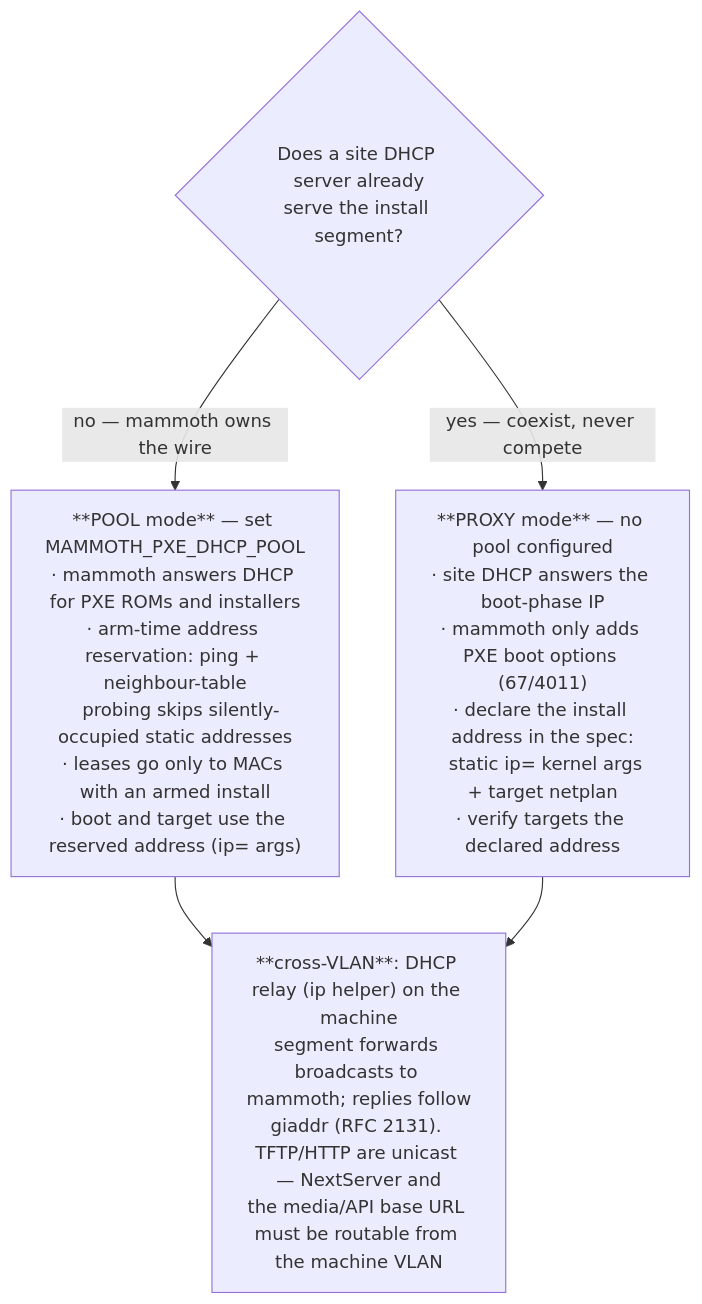
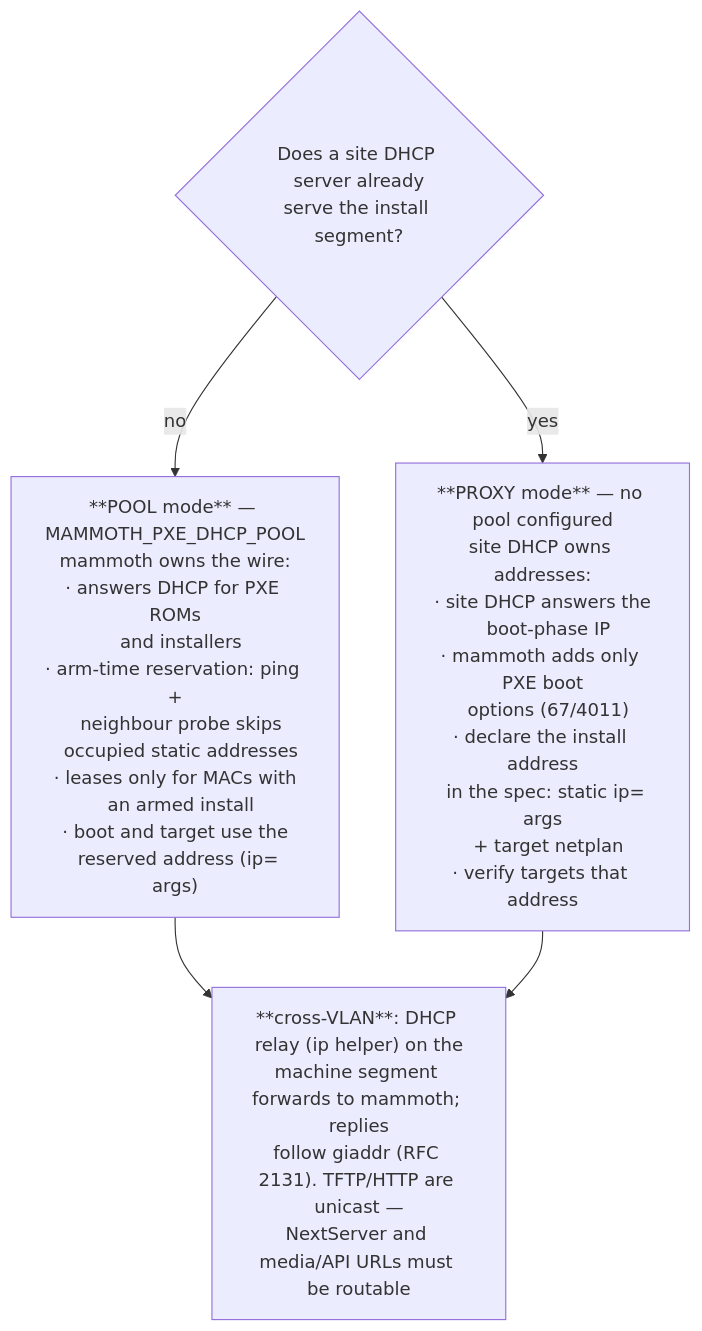
One commit to 3th1nk/mammoth changed the second of 2 diagrams in README.md. Above: the diagram before and after it, drawn with Mermaid. The commit also changed other lines of this file and 1 other file, not shown here.

Commit message:
docs(readme): mermaid 图收窄——子图纵向堆叠、长标签按行重排、边标签缩短,修复横向溢出遮挡

````diff
--- a/README.md
+++ b/README.md
@@ -77,8 +73,8 @@
 ```mermaid
 flowchart TD
     q{"Does a site DHCP server already<br/>serve the install segment?"}
-    q -- "no — mammoth owns the wire" --> pool["**POOL mode** — set MAMMOTH_PXE_DHCP_POOL<br/>· mammoth answers DHCP for PXE ROMs and installers<br/>· arm-time address reservation: ping + neighbour-table<br/>  probing skips silently-occupied static addresses<br/>· leases go only to MACs with an armed install<br/>· boot and target use the reserved address (ip= args)"]
-    q -- "yes — coexist, never compete" --> proxy["**PROXY mode** — no pool configured<br/>· site DHCP answers the boot-phase IP<br/>· mammoth only adds PXE boot options (67/4011)<br/>· declare the install address in the spec:<br/>  static ip= kernel args + target netplan<br/>· verify targets the declared address"]
-    pool --> vlan["**cross-VLAN**: DHCP relay (ip helper) on the machine<br/>segment forwards broadcasts to mammoth; replies follow<br/>giaddr (RFC 2131). TFTP/HTTP are unicast — NextServer and<br/>the media/API base URL must be routable from the machine VLAN"]
+    q -- "no" --> pool["**POOL mode** — MAMMOTH_PXE_DHCP_POOL<br/>mammoth owns the wire:<br/>· answers DHCP for PXE ROMs<br/>  and installers<br/>· arm-time reservation: ping +<br/>  neighbour probe skips<br/>  occupied static addresses<br/>· leases only for MACs with<br/>  an armed install<br/>· boot and target use the<br/>  reserved address (ip= args)"]
+    q -- "yes" --> proxy["**PROXY mode** — no pool configured<br/>site DHCP owns addresses:<br/>· site DHCP answers the<br/>  boot-phase IP<br/>· mammoth adds only PXE boot<br/>  options (67/4011)<br/>· declare the install address<br/>  in the spec: static ip= args<br/>  + target netplan<br/>· verify targets that address"]
+    pool --> vlan["**cross-VLAN**: DHCP relay (ip helper) on the<br/>machine segment forwards to mammoth; replies<br/>follow giaddr (RFC 2131). TFTP/HTTP are unicast —<br/>NextServer and media/API URLs must be routable"]
     proxy --> vlan
 ```
````
